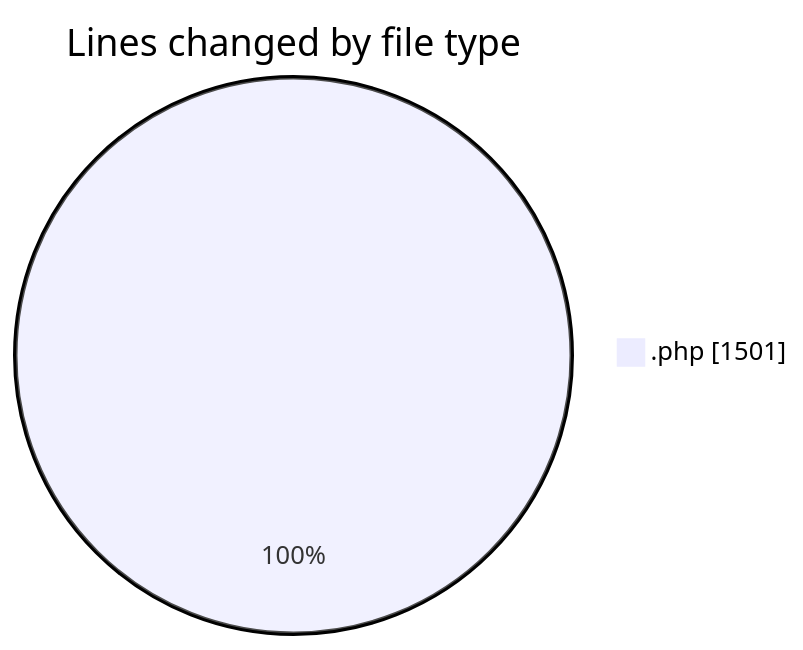
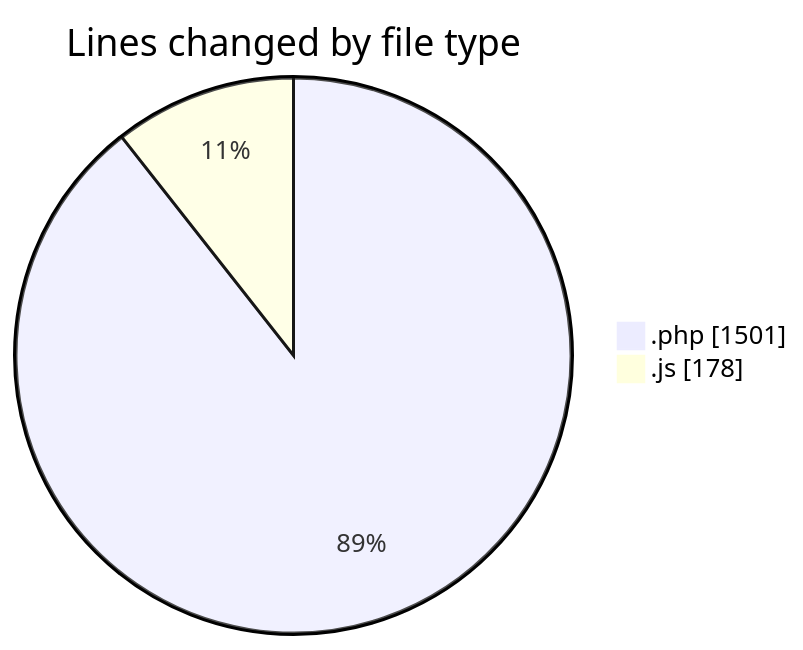
The first of 2 diagrams in 2026-07-09/wp-content/README.md (debugP/code-tracking), drawn with Mermaid before and after one commit. The commit also changed other lines of this file and 1 other file, not shown here.

````diff
--- a/2026-07-09/wp-content/README.md
+++ b/2026-07-09/wp-content/README.md
@@ -22,5 +23,6 @@
 ```mermaid
 pie showData
 title Lines changed by file type
 ".php" : 1501
+".js" : 178
 ```
````
